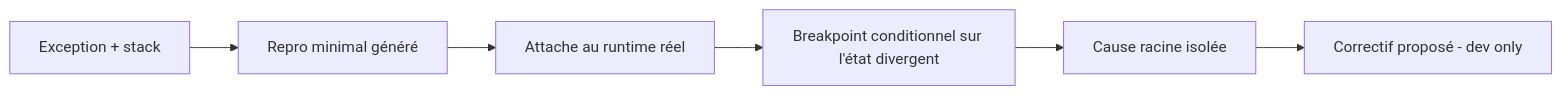
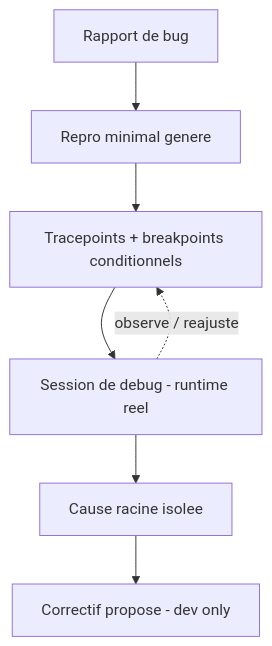
One commit to LINDECKER-Charles/MaVeille changed the third of 3 diagrams in report/weekly/2026-W25_weekly.md. Above: the diagram before and after it, drawn with Mermaid. The commit also changed other lines of this file, not shown here.

````diff
--- a/report/weekly/2026-W25_weekly.md
+++ b/report/weekly/2026-W25_weekly.md
@@ -69,8 +100,9 @@
 ```mermaid
-flowchart LR
-  Bug[Exception + stack] --> Repro[Repro minimal généré]
-  Repro --> Run[Attache au runtime réel]
-  Run --> BP[Breakpoint conditionnel sur l'état divergent]
-  BP --> Cause[Cause racine isolée]
-  Cause --> Fix[Correctif proposé - dev only]
+flowchart TD
+  BUG[Rapport de bug] --> REPRO[Repro minimal genere]
+  REPRO --> INSTR[Tracepoints + breakpoints conditionnels]
+  INSTR --> RUN[Session de debug - runtime reel]
+  RUN --> ROOT[Cause racine isolee]
+  ROOT --> FIX[Correctif propose - dev only]
+  RUN -. observe / reajuste .-> INSTR
 ```
````
